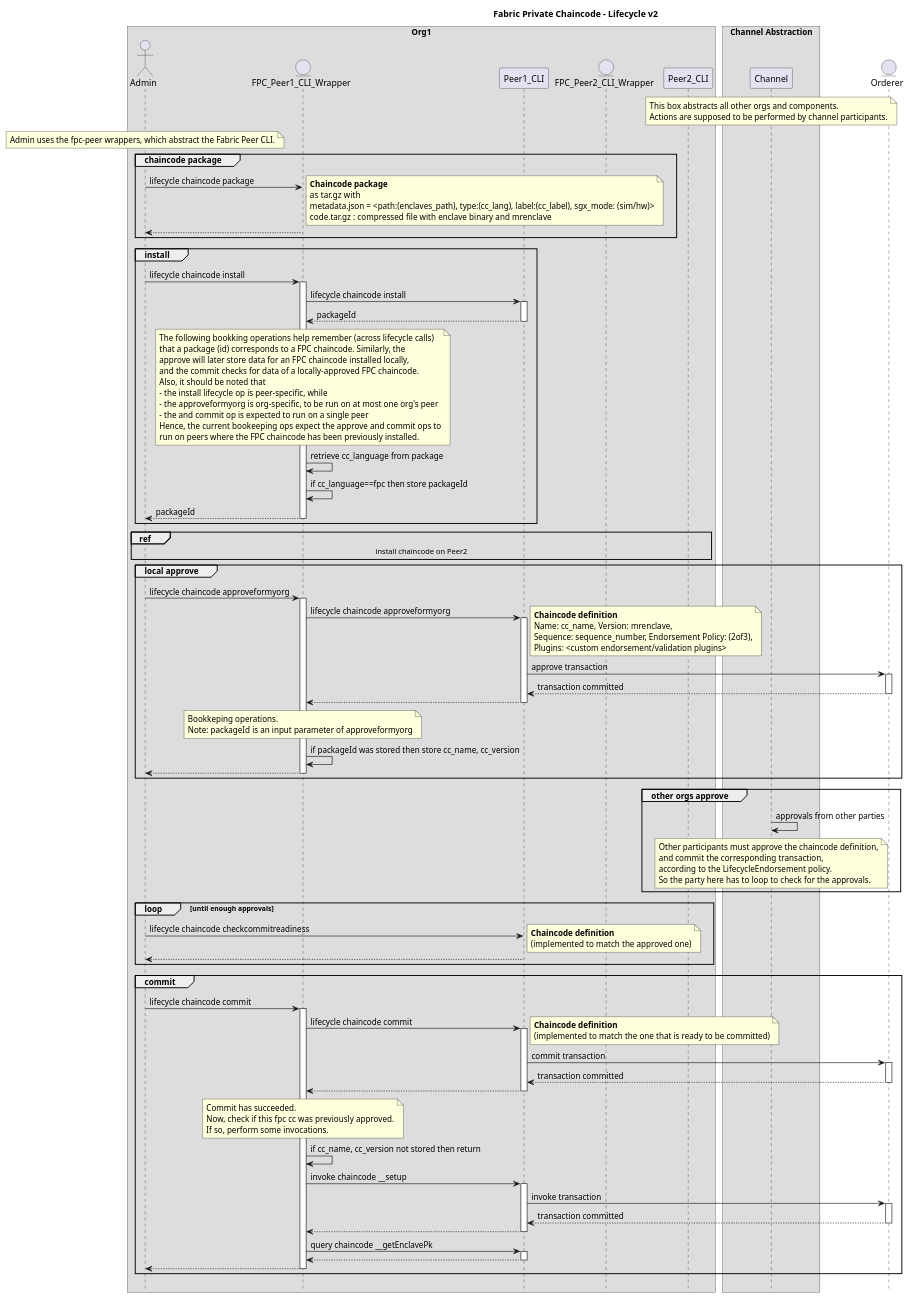
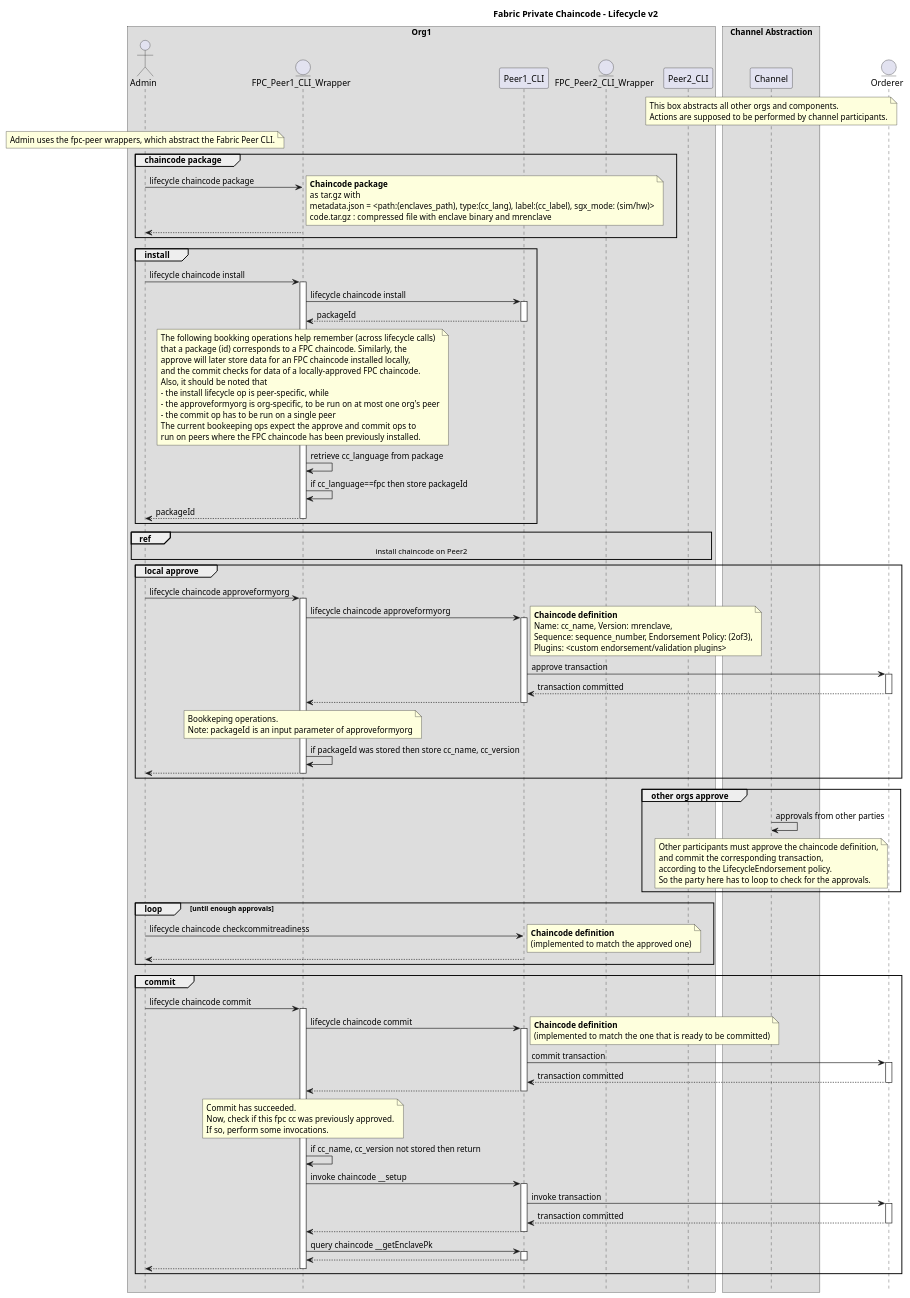
The diagram in docs/design/fabric-v2+/fpc-lifecycle-v2.puml (hyperledger/fabric-private-chaincode), drawn with PlantUML before and after one commit.

Commit message:
typo/rephrase

```diff
--- a/docs/design/fabric-v2+/fpc-lifecycle-v2.puml
+++ b/docs/design/fabric-v2+/fpc-lifecycle-v2.puml
@@ -8,133 +8,133 @@
 @startuml
 
 !pragma teoz true
 
 hide footbox
 title Foot Box removed
 
 title Fabric Private Chaincode - Lifecycle v2
 
 box "Org1"
 actor	Admin order 10
 entity "FPC_Peer1_CLI_Wrapper" as FPC_Peer1_CLI_Wrapper order 15
 participant Peer1_CLI order 20
 entity "FPC_Peer2_CLI_Wrapper" as FPC_Peer2_CLI_Wrapper order 30
 participant Peer2_CLI order 40
 end box
 
 box "Channel Abstraction"
 participant Channel order 70
 note over Channel
     This box abstracts all other orgs and components.
     Actions are supposed to be performed by channel participants.
 end note
 end box
 
 entity Orderer order 80
 
 note over Admin
     Admin uses the fpc-peer wrappers, which abstract the Fabric Peer CLI.
 end note
 
 group chaincode package
 Admin -> FPC_Peer1_CLI_Wrapper : lifecycle chaincode package
 note right
     **Chaincode package**
     as tar.gz with
     metadata.json = <path:(enclaves_path), type:(cc_lang), label:(cc_label), sgx_mode: (sim/hw)>
     code.tar.gz : compressed file with enclave binary and mrenclave
 end note
 return
 end /' group chaincode package '/
 
 group install
 Admin -> FPC_Peer1_CLI_Wrapper ++: lifecycle chaincode install
 FPC_Peer1_CLI_Wrapper -> Peer1_CLI ++: lifecycle chaincode install
 return packageId
 note over FPC_Peer1_CLI_Wrapper
     The following bookking operations help remember (across lifecycle calls)
     that a package (id) corresponds to a FPC chaincode. Similarly, the
     approve will later store data for an FPC chaincode installed locally,
     and the commit checks for data of a locally-approved FPC chaincode.
     Also, it should be noted that
     - the install lifecycle op is peer-specific, while
     - the approveformyorg is org-specific, to be run on at most one org's peer
-    - the and commit op is expected to run on a single peer
-    Hence, the current bookeeping ops expect the approve and commit ops to
+    - the commit op has to be run on a single peer
+    The current bookeeping ops expect the approve and commit ops to
     run on peers where the FPC chaincode has been previously installed.
 end note
 FPC_Peer1_CLI_Wrapper -> FPC_Peer1_CLI_Wrapper : retrieve cc_language from package
 FPC_Peer1_CLI_Wrapper -> FPC_Peer1_CLI_Wrapper : if cc_language==fpc then store packageId
 return packageId /' Admin -> FPC_Peer1_CLI_Wrapper '/
 end /' group install '/
 
 ref over Admin, FPC_Peer2_CLI_Wrapper, Peer2_CLI
     install chaincode on Peer2
 end /' ref '/
 
 group local approve
 Admin -> FPC_Peer1_CLI_Wrapper ++: lifecycle chaincode approveformyorg
 FPC_Peer1_CLI_Wrapper -> Peer1_CLI ++: lifecycle chaincode approveformyorg
 note right
     **Chaincode definition**
     Name: cc_name, Version: mrenclave,
     Sequence: sequence_number, Endorsement Policy: (2of3),
     Plugins: <custom endorsement/validation plugins>
 end note
 Peer1_CLI -> Orderer ++: approve transaction
 return transaction committed /' Peer1_CLI -> Orderer '/
 return /' FPC_Peer1_CLI_Wrapper -> Peer1_CLI '/
 note over FPC_Peer1_CLI_Wrapper
     Bookkeping operations.
     Note: packageId is an input parameter of approveformyorg
 end note
 FPC_Peer1_CLI_Wrapper -> FPC_Peer1_CLI_Wrapper : if packageId was stored then store cc_name, cc_version
 return /' Admin -> FPC_Peer1_CLI_Wrapper '/
 end /' group approve '/
 
 group other orgs approve
 Channel -> Channel : approvals from other parties
 note over Channel
     Other participants must approve the chaincode definition,
     and commit the corresponding transaction,
     according to the LifecycleEndorsement policy.
     So the party here has to loop to check for the approvals.
 end note
 end group 'other orgs approve'
 
 
 loop until enough approvals
 	Admin -> Peer1_CLI : lifecycle chaincode checkcommitreadiness
 note right
     **Chaincode definition**
     (implemented to match the approved one)
 end note
     return
 end
 
 group commit
 Admin -> FPC_Peer1_CLI_Wrapper ++:lifecycle chaincode commit
 FPC_Peer1_CLI_Wrapper -> Peer1_CLI ++: lifecycle chaincode commit
 note right
     **Chaincode definition**
     (implemented to match the one that is ready to be committed)
 end note
 Peer1_CLI -> Orderer ++: commit transaction
 return transaction committed /' Peer1_CLI -> Orderer '/
 return /' FPC_Peer1_CLI_Wrapper -> Peer1_CLI '/
 note over FPC_Peer1_CLI_Wrapper
     Commit has succeeded.
     Now, check if this fpc cc was previously approved.
     If so, perform some invocations.
 end note
 FPC_Peer1_CLI_Wrapper -> FPC_Peer1_CLI_Wrapper : if cc_name, cc_version not stored then return
 FPC_Peer1_CLI_Wrapper -> Peer1_CLI ++: invoke chaincode __setup
 Peer1_CLI -> Orderer ++: invoke transaction
 return transaction committed
 return /' FPC_Peer1_CLI_Wrapper -> Peer1_CLI '/
 FPC_Peer1_CLI_Wrapper -> Peer1_CLI ++: query chaincode __getEnclavePk
 return /' FPC_Peer1_CLI_Wrapper -> Peer1_CLI '/
 return /' Admin -> FPC_Peer1_CLI_Wrapper '/
 end /' group commit '/
 
 @enduml
```
